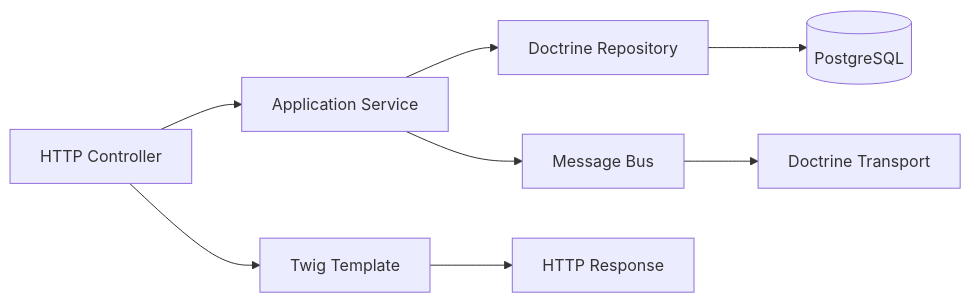
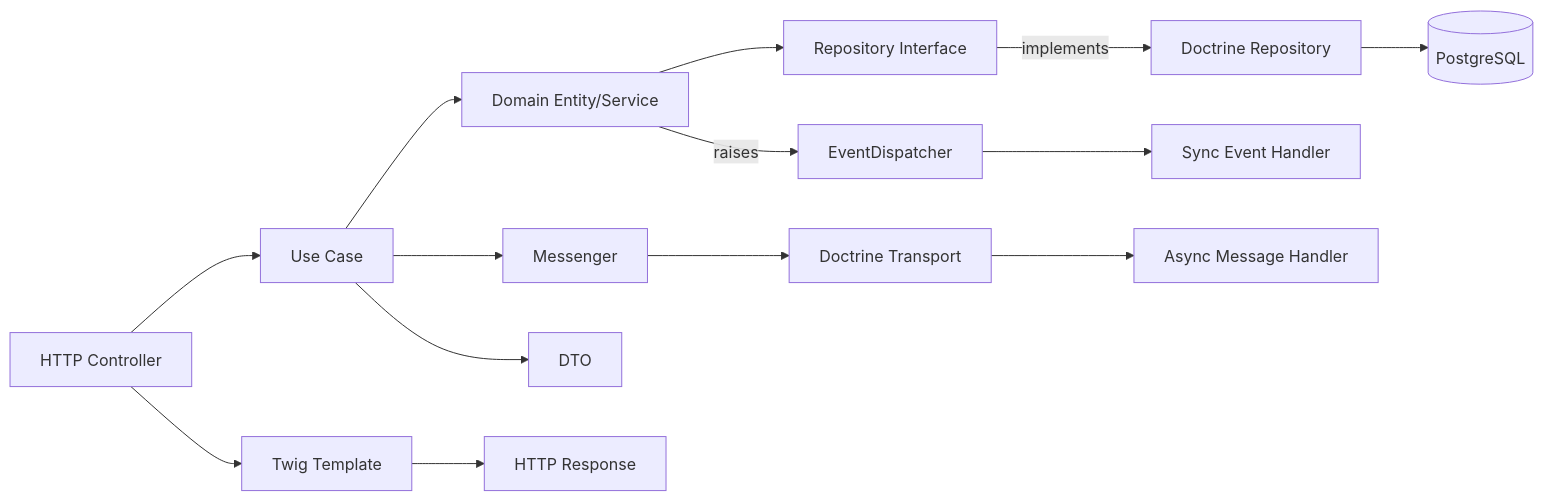
Before and after one commit to humanuoid/symfony-learning-lab: the diagram in aidd_docs/memory/architecture.md, drawn with Mermaid. The commit also changed other lines of this file and 7 other files, not shown here.

First line of the commit message:
docs(memory): update project architecture and code comment rules

````diff
--- a/aidd_docs/memory/architecture.md
+++ b/aidd_docs/memory/architecture.md
@@ -19,10 +95,16 @@
 ```mermaid
 flowchart LR
-    Controller[HTTP Controller] --> Service[Application Service]
-    Service --> Repository[Doctrine Repository]
-    Repository --> Database[(PostgreSQL)]
-    Service --> Messenger[Message Bus]
+    Controller[HTTP Controller] --> UseCase[Use Case]
+    UseCase --> DomainService[Domain Entity/Service]
+    DomainService --> RepositoryInterface[Repository Interface]
+    RepositoryInterface -->|implements| DoctrineRepo[Doctrine Repository]
+    DoctrineRepo --> Database[(PostgreSQL)]
+    DomainService -->|raises| EventDispatcher[EventDispatcher]
+    EventDispatcher --> SyncHandler[Sync Event Handler]
+    UseCase --> Messenger[Messenger]
     Messenger --> Queue[Doctrine Transport]
+    Queue --> AsyncHandler[Async Message Handler]
+    UseCase --> DTO[DTO]
     Controller --> Template[Twig Template]
     Template --> Response[HTTP Response]
 ```
````
